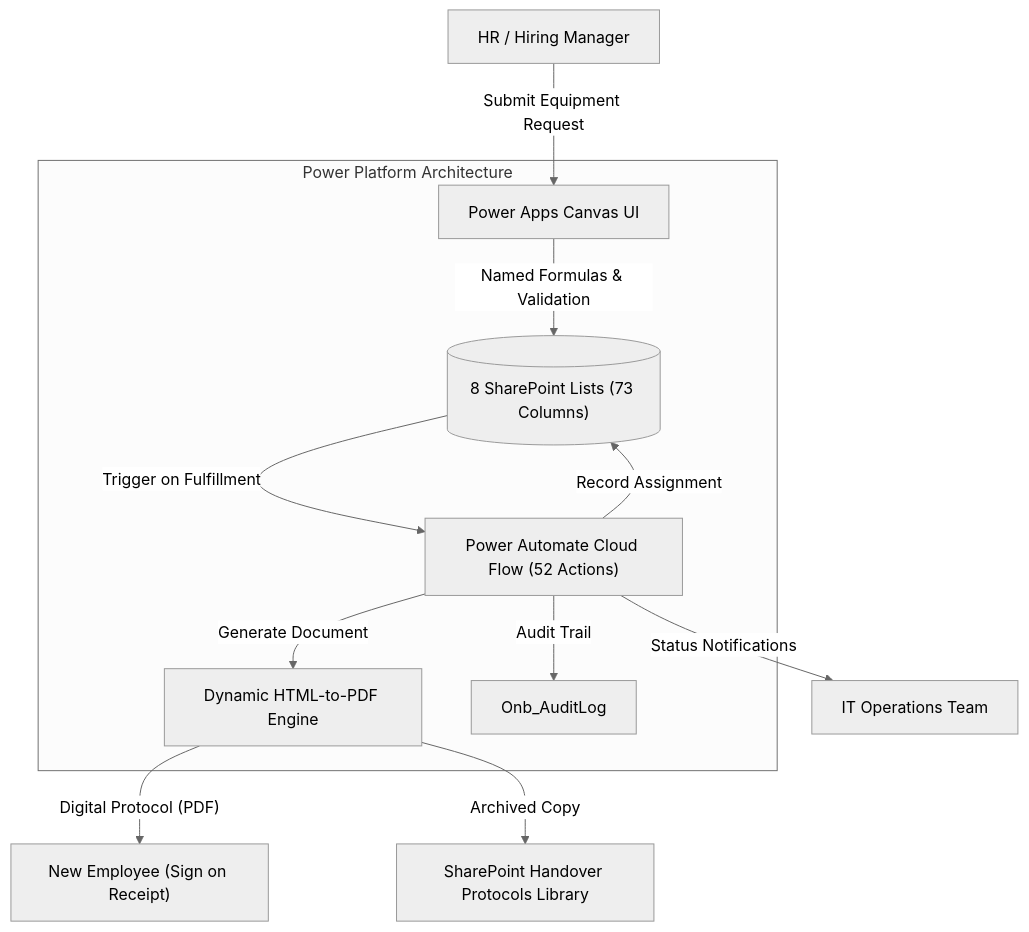
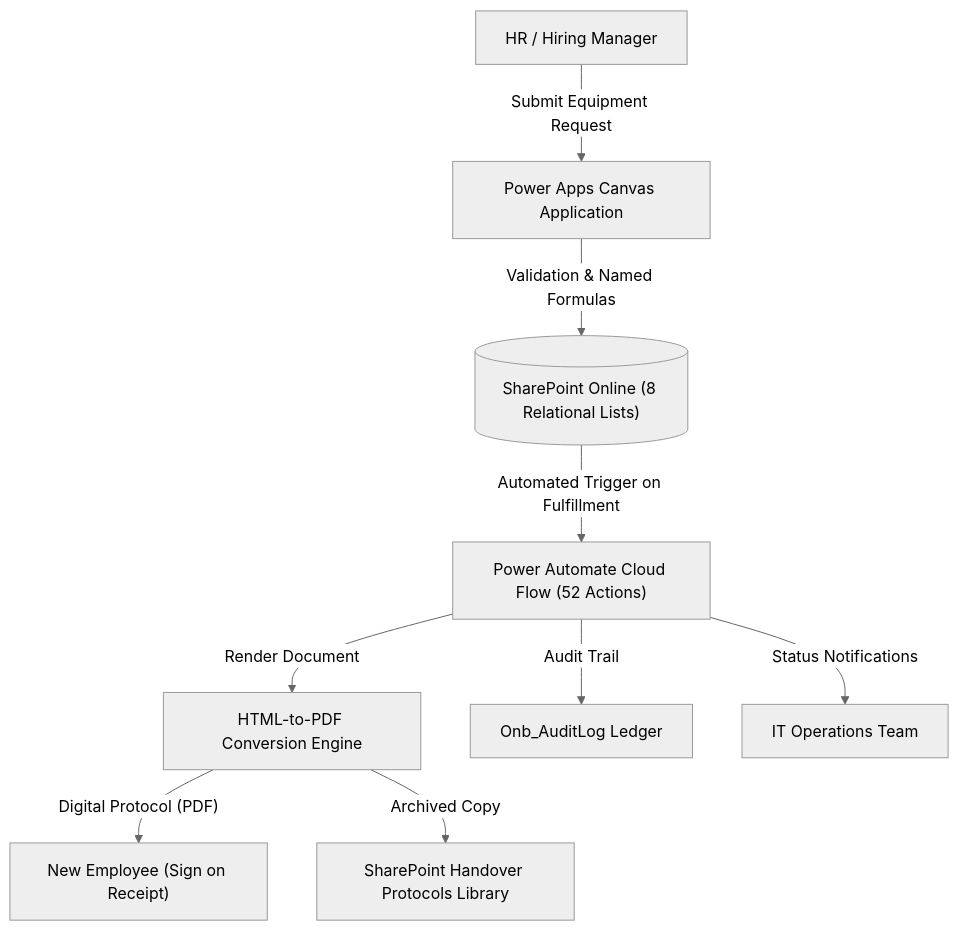
Before and after one commit to Dawiddevops/powerplatform-itam-onboarding-system: the diagram in README.md, drawn with Mermaid (neutral theme). The commit also changed other lines of this file, not shown here.

Commit message:
Fix diagram overlap and remove all emojis

````diff
--- a/README.md
+++ b/README.md
@@ -20,17 +20,11 @@
 ```mermaid
 flowchart TD
-    HR["HR / Hiring Manager"] -->|Submit Equipment Request| PA["Power Apps Canvas UI"]
-    
-    subgraph Core ["Power Platform Architecture"]
-        PA -->|Named Formulas & Validation| SPL[("8 SharePoint Lists (73 Columns)")]
-        SPL -->|Trigger on Fulfillment| FLOW["Power Automate Cloud Flow (52 Actions)"]
-        
-        FLOW -->|Generate Document| PDF["Dynamic HTML-to-PDF Engine"]
-        FLOW -->|Record Assignment| SPL
-        FLOW -->|Audit Trail| LOG["Onb_AuditLog"]
-    end
-    
+    HR["HR / Hiring Manager"] -->|"Submit Equipment Request"| PA["Power Apps Canvas Application"]
+    PA -->|"Validation & Named Formulas"| SPL[("SharePoint Online (8 Relational Lists)")]
+    SPL -->|"Automated Trigger on Fulfillment"| FLOW["Power Automate Cloud Flow (52 Actions)"]
+    FLOW -->|"Render Document"| PDF["HTML-to-PDF Conversion Engine"]
+    FLOW -->|"Audit Trail"| LOG["Onb_AuditLog Ledger"]
     PDF -->|"Digital Protocol (PDF)"| EMP["New Employee (Sign on Receipt)"]
-    PDF -->|Archived Copy| DOCS["SharePoint Handover Protocols Library"]
-    FLOW -->|Status Notifications| IT["IT Operations Team"]
+    PDF -->|"Archived Copy"| DOCS["SharePoint Handover Protocols Library"]
+    FLOW -->|"Status Notifications"| IT["IT Operations Team"]
 ```
````
